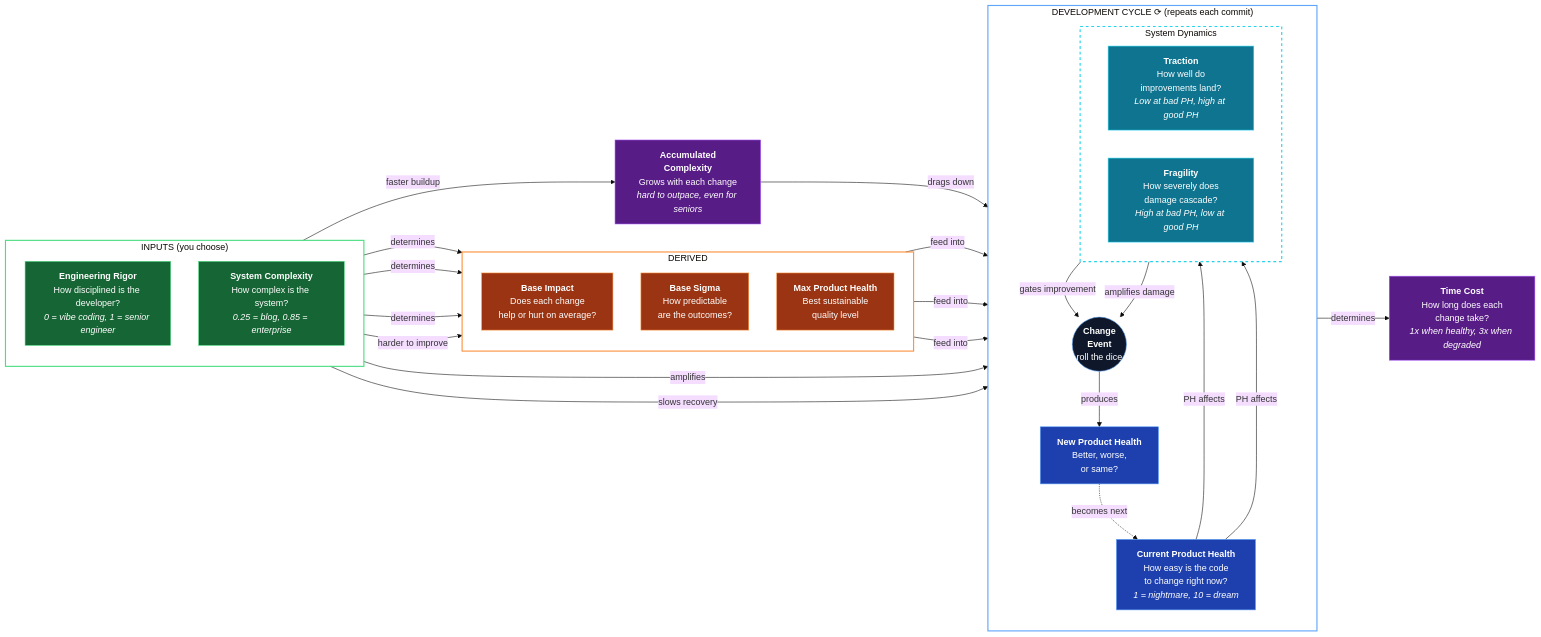
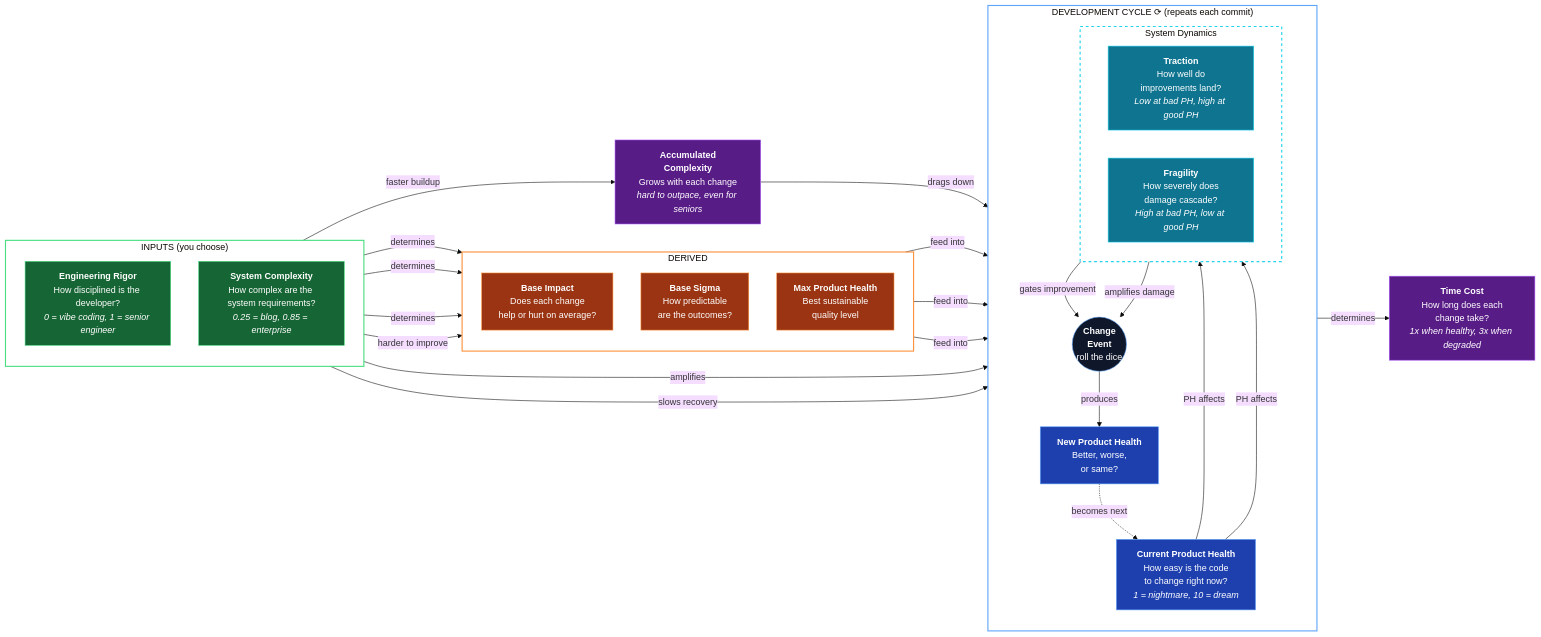
The diagram in README.md (dawid-dahl-umain/product-health-dynamics), drawn with Mermaid (base theme) before and after one commit. The commit also changed other lines of this file and 8 other files, not shown here.

Commit message:
docs: clarify System Complexity definitions in README, UI, and model files; enhance descriptions for better understanding of requirements and complexity profiles

````diff
--- a/README.md
+++ b/README.md
@@ -68,67 +68,67 @@
 ```mermaid
 flowchart LR
     subgraph inputs ["INPUTS (you choose)"]
         direction TB
         ER["<b>Engineering Rigor</b><br/>How disciplined is the developer?<br/><i>0 = vibe coding, 1 = senior engineer</i>"]
-        SC["<b>System Complexity</b><br/>How complex is the system?<br/><i>0.25 = blog, 0.85 = enterprise</i>"]
+        SC["<b>System Complexity</b><br/>How complex are the system requirements?<br/><i>0.25 = blog, 0.85 = enterprise</i>"]
     end
 
     subgraph derived ["DERIVED"]
         direction TB
         BI["<b>Base Impact</b><br/>Does each change<br/>help or hurt on average?"]
         BS["<b>Base Sigma</b><br/>How predictable<br/>are the outcomes?"]
         MH["<b>Max Product Health</b><br/>Best sustainable<br/>quality level"]
     end
 
     subgraph loop ["DEVELOPMENT CYCLE ⟳ (repeats each commit)"]
         direction TB
         PH["<b>Current Product Health</b><br/>How easy is the code<br/>to change right now?<br/><i>1 = nightmare, 10 = dream</i>"]
 
         subgraph state ["System Dynamics"]
             direction LR
             TR["<b>Traction</b><br/>How well do<br/>improvements land?<br/><i>Low at bad PH, high at good PH</i>"]
             FR["<b>Fragility</b><br/>How severely does<br/>damage cascade?<br/><i>High at bad PH, low at good PH</i>"]
         end
 
         CE(("<b>Change</b><br/><b>Event</b><br/>roll the dice"))
         NPH["<b>New Product Health</b><br/>Better, worse,<br/>or same?"]
 
         PH -->|"PH affects"| TR & FR
         TR -->|"gates improvement"| CE
         FR -->|"amplifies damage"| CE
         CE -->|"produces"| NPH
         NPH -.->|"becomes next"| PH
     end
 
     style state fill:none,stroke:#22d3ee,stroke-width:2px,stroke-dasharray: 5 5
 
     AC["<b>Accumulated</b><br/><b>Complexity</b><br/>Grows with each change<br/><i>hard to outpace, even for seniors</i>"]
     TC["<b>Time Cost</b><br/>How long does each<br/>change take?<br/><i>1x when healthy, 3x when degraded</i>"]
 
     ER -->|"determines"| BI & BS & MH
     SC -->|"harder to improve"| BI
     SC -->|"amplifies"| FR
     SC -->|"slows recovery"| TR
     SC -->|"faster buildup"| AC
     BI & BS & MH -->|"feed into"| CE
     AC -->|"drags down"| CE
     PH -->|"determines"| TC
 
     style inputs fill:none,stroke:#4ade80,stroke-width:2px
     style derived fill:none,stroke:#fb923c,stroke-width:2px
     style loop fill:none,stroke:#60a5fa,stroke-width:2px
 
     classDef inputNode fill:#166534,stroke:#4ade80,color:#fff
     classDef derivedNode fill:#9a3412,stroke:#fb923c,color:#fff
     classDef loopNode fill:#1e40af,stroke:#60a5fa,color:#fff
     classDef stateNode fill:#0e7490,stroke:#22d3ee,color:#fff
     classDef timeNode fill:#581c87,stroke:#a855f7,color:#fff
     classDef eventNode fill:#0f172a,stroke:#60a5fa,color:#fff
 
     class ER,SC inputNode
     class BI,BS,MH derivedNode
     class PH,NPH loopNode
     class TR,FR stateNode
     class CE eventNode
     class AC,TC timeNode
 ```
````
